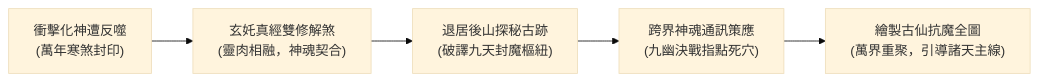
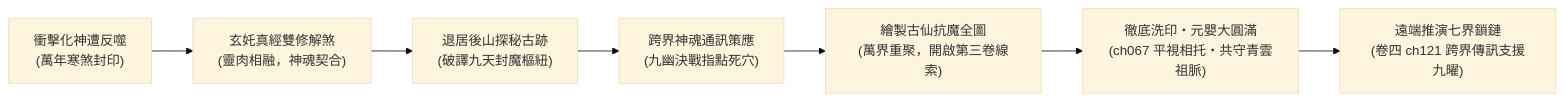
One commit to wade-fs/novel changed the diagram in sex/docs/characters/shen_xuanqing.md. Above: the diagram before and after it, drawn with Mermaid (base theme). The commit also changed other lines of this file and 15 other files, not shown here.

````diff
--- a/sex/docs/characters/shen_xuanqing.md
+++ b/sex/docs/characters/shen_xuanqing.md
@@ -51,7 +51,9 @@
 ```mermaid
 flowchart LR
     P1["衝擊化神遭反噬<br>(萬年寒煞封印)"] --> P2["玄奼真經雙修解煞<br>(靈肉相融，神魂契合)"]
     P2 --> P3["退居後山探秘古跡<br>(破譯九天封魔樞紐)"]
     P3 --> P4["跨界神魂通訊策應<br>(九幽決戰指點死穴)"]
-    P4 --> P5["繪製古仙抗魔全圖<br>(萬界重聚，引導諸天主線)"]
+    P4 --> P5["繪製古仙抗魔全圖<br>(萬界重聚，開啟第三卷線索)"]
+    P5 --> P6["徹底洗印・元嬰大圓滿<br>(ch067 平視相托・共守青雲祖脈)"]
+    P6 --> P7["遠端推演七界鎖鏈<br>(卷四 ch121 跨界傳訊支援九曜)"]
 ```
````
